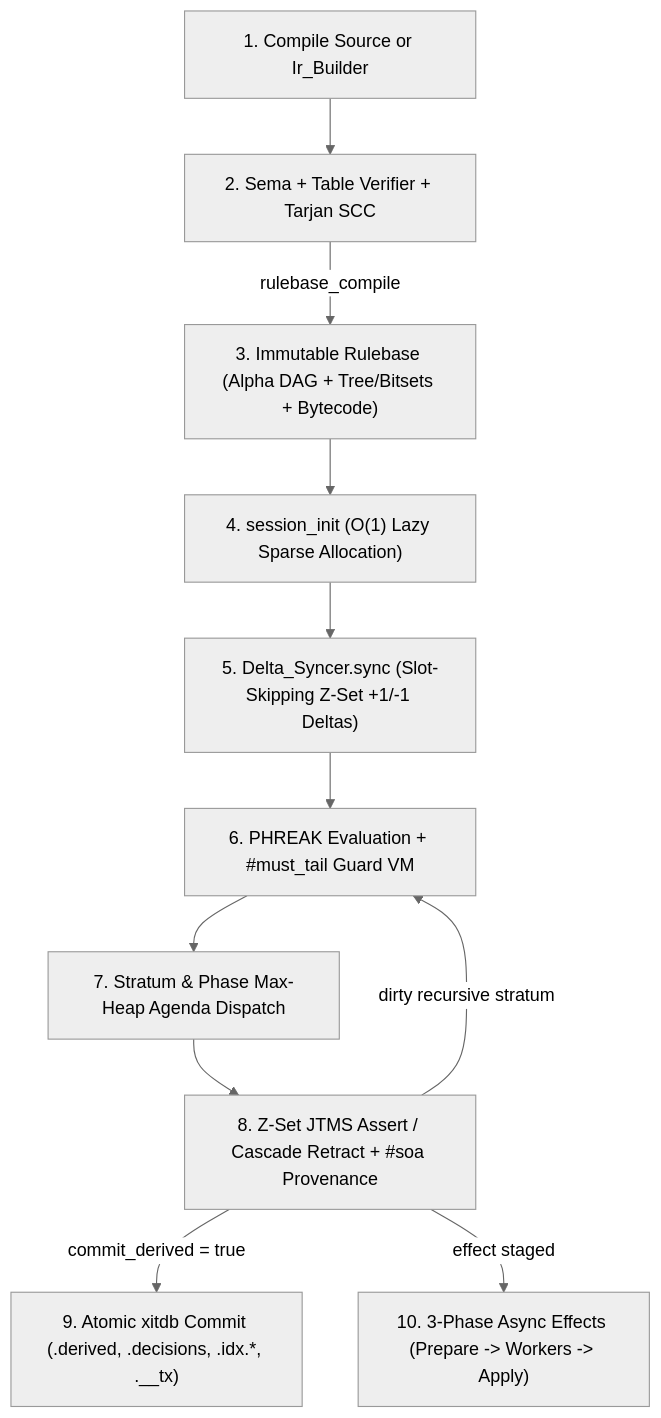
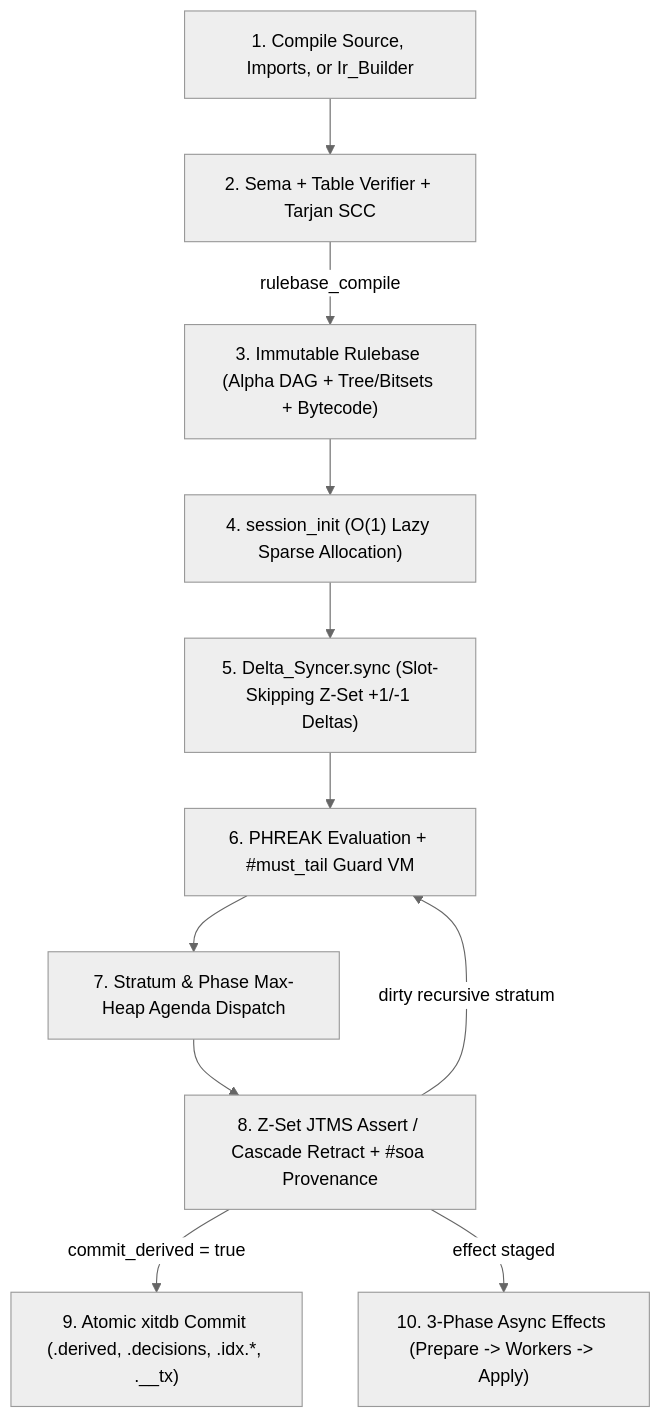
The diagram in docs/README.md (boxxxie/forseti), drawn with Mermaid (neutral theme) before and after one commit. The commit also changed other lines of this file and 9 other files, not shown here.

````diff
--- a/docs/README.md
+++ b/docs/README.md
@@ -24,13 +43,13 @@
 ```mermaid
 flowchart TD
-    SRC["1. Compile Source or Ir_Builder"] --> CHK["2. Sema + Table Verifier + Tarjan SCC"]
+    SRC["1. Compile Source, Imports, or Ir_Builder"] --> CHK["2. Sema + Table Verifier + Tarjan SCC"]
     CHK -->|rulebase_compile| RB["3. Immutable Rulebase (Alpha DAG + Tree/Bitsets + Bytecode)"]
     RB --> INIT["4. session_init (O(1) Lazy Sparse Allocation)"]
     INIT --> SYNC["5. Delta_Syncer.sync (Slot-Skipping Z-Set +1/-1 Deltas)"]
     SYNC --> MATCH["6. PHREAK Evaluation + #must_tail Guard VM"]
     MATCH --> AGENDA["7. Stratum & Phase Max-Heap Agenda Dispatch"]
     AGENDA --> JTMS["8. Z-Set JTMS Assert / Cascade Retract + #soa Provenance"]
     JTMS -->|dirty recursive stratum| MATCH
     JTMS -->|commit_derived = true| XIT["9. Atomic xitdb Commit (.derived, .decisions, .idx.*, .__tx)"]
     JTMS -->|effect staged| EFF["10. 3-Phase Async Effects (Prepare -> Workers -> Apply)"]
 ```
````
